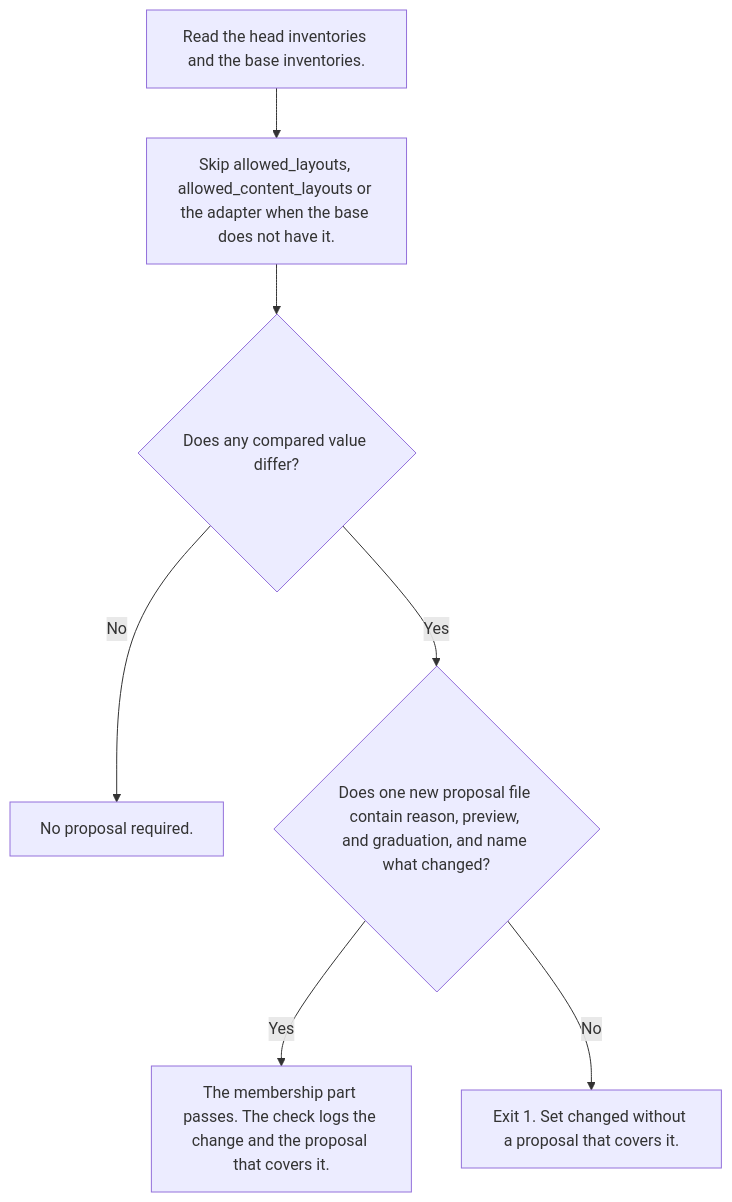
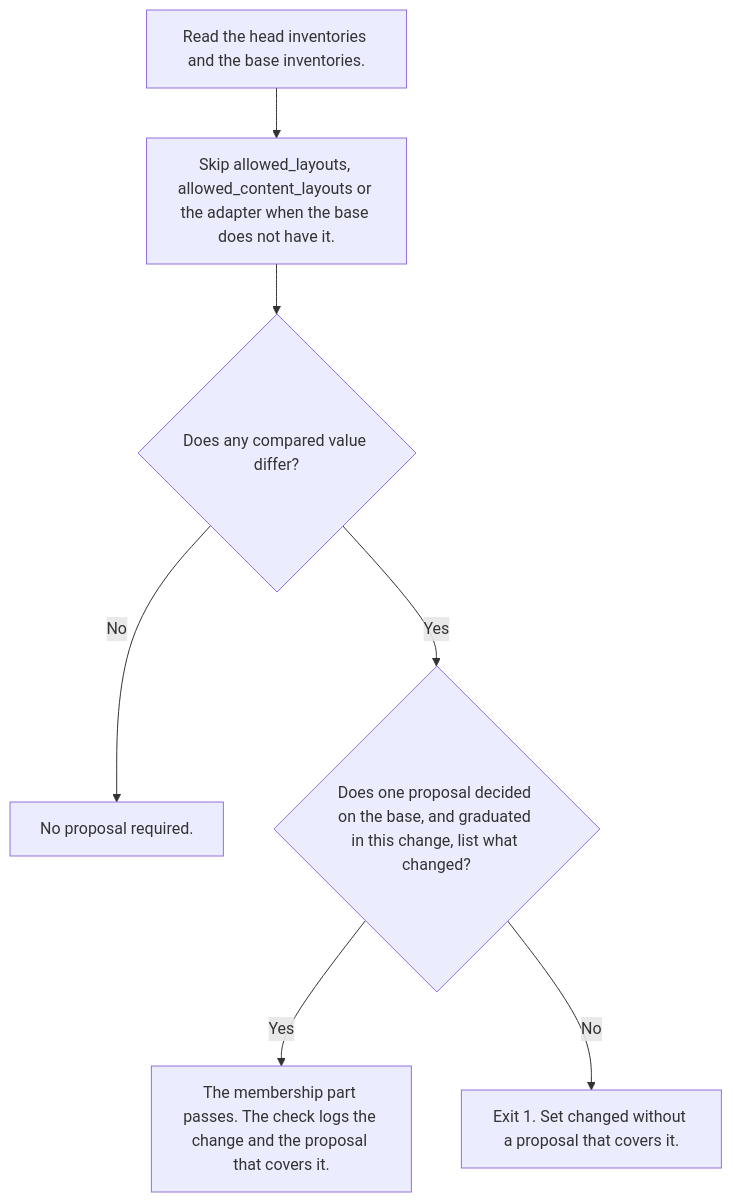
Before and after one commit to tounsoo/agent-design-loop: the sixth of 7 diagrams in packages/harness/docs/how-it-works.md, drawn with Mermaid. The commit also changed other lines of this file and 66 other files, not shown here.

````diff
--- a/packages/harness/docs/how-it-works.md
+++ b/packages/harness/docs/how-it-works.md
@@ -309,15 +312,15 @@
 ```mermaid
 flowchart TB
   read["Read the head inventories and the base inventories."]
   skip["Skip allowed_layouts, allowed_content_layouts or the adapter when the base does not have it."]
   diff{"Does any compared value differ?"}
   ok["No proposal required."]
-  words{"Does one new proposal file contain reason, preview, and graduation, and name what changed?"}
+  words{"Does one proposal decided on the base, and graduated in this change, list what changed?"}
   accepted["The membership part passes. The check logs the change and the proposal that covers it."]
   rejected["Exit 1. Set changed without a proposal that covers it."]
   read --> skip --> diff
   diff -->|No| ok
   diff -->|Yes| words
   words -->|Yes| accepted
   words -->|No| rejected
 ```
````
